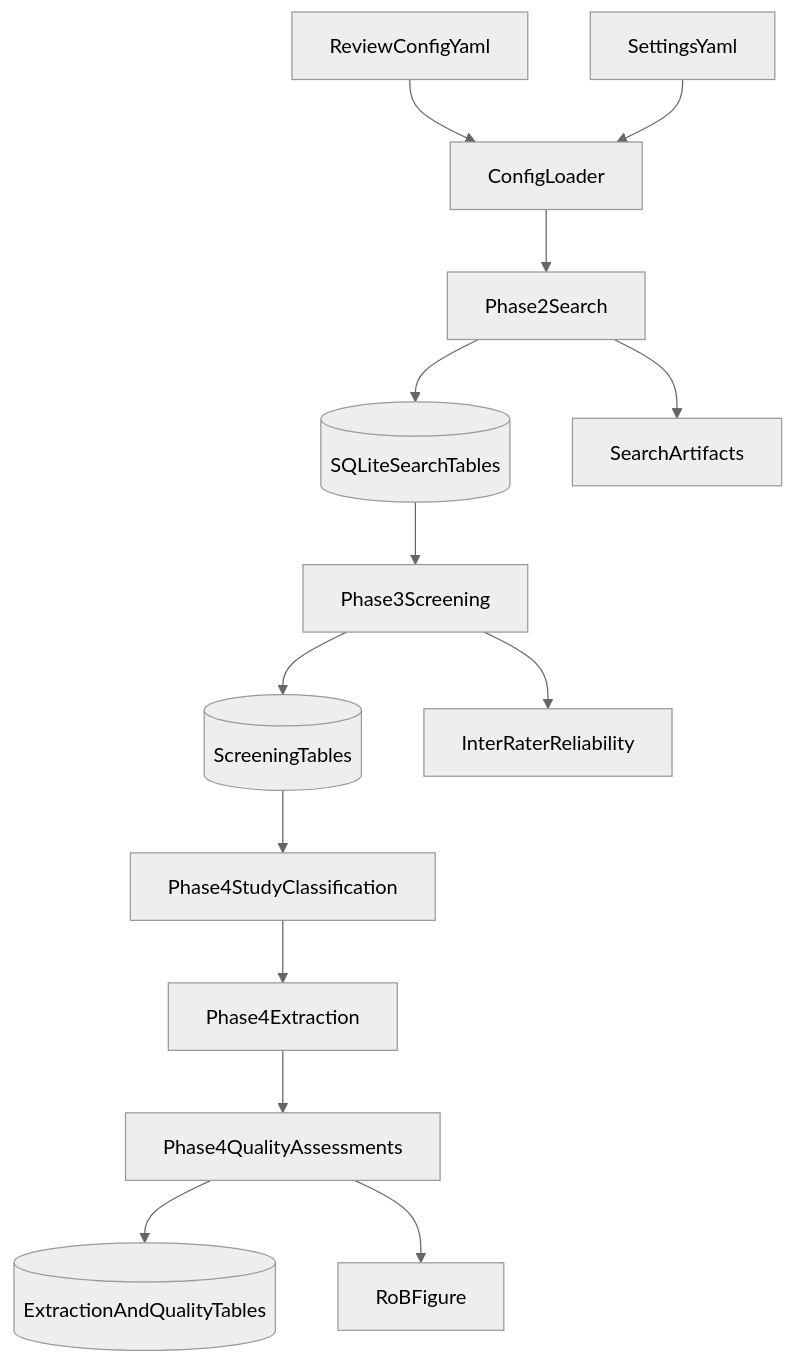
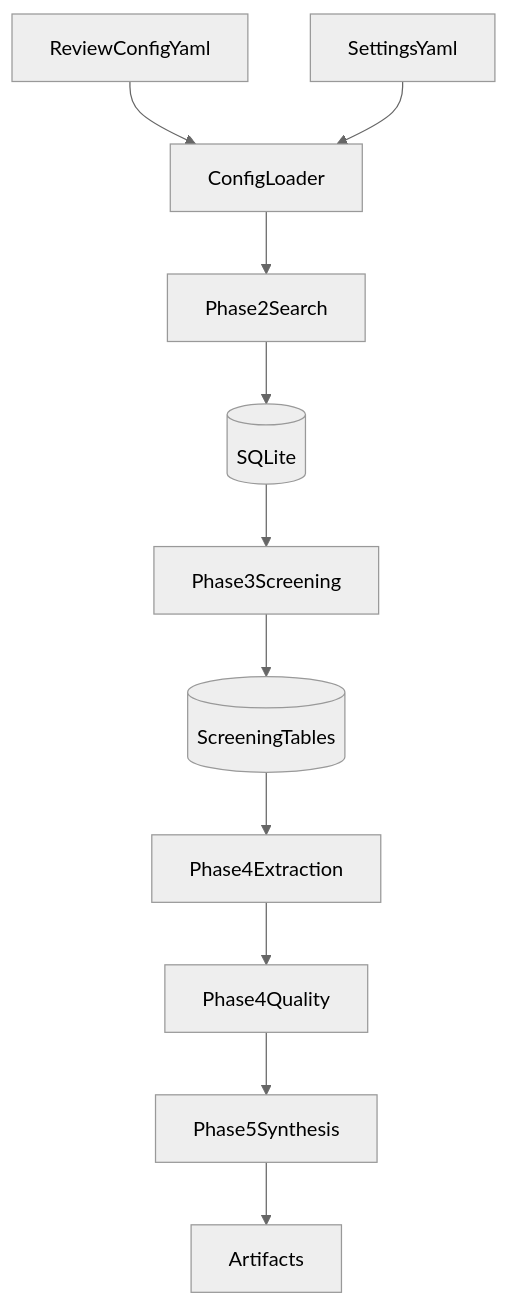
The diagram in README.md (parthchandak02/literature-review-assistant), drawn with Mermaid (neutral theme) before and after one commit. The commit also changed other lines of this file, not shown here.

````diff
--- a/README.md
+++ b/README.md
@@ -69,16 +60,13 @@
 ```mermaid
 flowchart TD
     reviewConfig[ReviewConfigYaml] --> configLoader[ConfigLoader]
     settingsConfig[SettingsYaml] --> configLoader
     configLoader --> searchPhase[Phase2Search]
-    searchPhase --> searchDb[(SQLiteSearchTables)]
-    searchPhase --> searchArtifacts[SearchArtifacts]
+    searchPhase --> searchDb[(SQLite)]
     searchDb --> screeningPhase[Phase3Screening]
     screeningPhase --> screeningDb[(ScreeningTables)]
-    screeningPhase --> reliability[InterRaterReliability]
-    screeningDb --> classifyPhase[Phase4StudyClassification]
-    classifyPhase --> extractionPhase[Phase4Extraction]
-    extractionPhase --> qualityPhase[Phase4QualityAssessments]
-    qualityPhase --> qualityDb[(ExtractionAndQualityTables)]
-    qualityPhase --> robFigure[RoBFigure]
+    screeningDb --> extractPhase[Phase4Extraction]
+    extractPhase --> qualityPhase[Phase4Quality]
+    qualityPhase --> synthesisPhase[Phase5Synthesis]
+    synthesisPhase --> artifacts[Artifacts]
 ```
````
